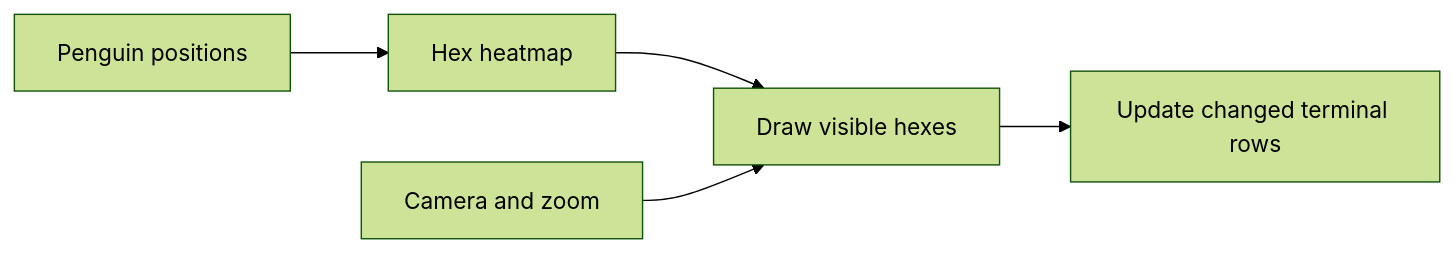
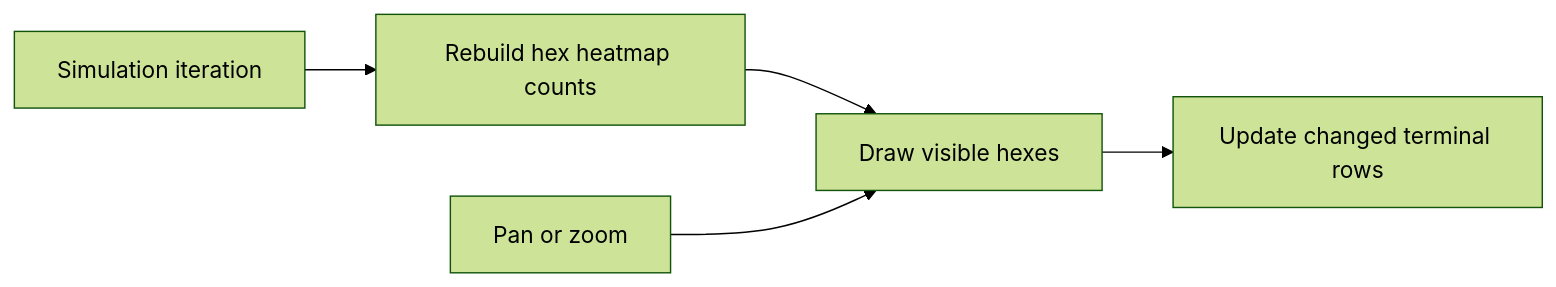
One commit to KindOfGod/PengSim changed the diagram in src/PengSim.UI/RENDERING.md. Above: the diagram before and after it, drawn with Mermaid (forest theme). The commit also changed other lines of this file and 5 other files, not shown here.

````diff
--- a/src/PengSim.UI/RENDERING.md
+++ b/src/PengSim.UI/RENDERING.md
@@ -5,7 +5,7 @@
 ```mermaid
 flowchart LR
-    A["Penguin positions"] --> B["Hex heatmap"]
+    A["Simulation iteration"] --> B["Rebuild hex heatmap counts"]
     B --> C["Draw visible hexes"]
-    D["Camera and zoom"] --> C
+    D["Pan or zoom"] --> C
     C --> E["Update changed terminal rows"]
 ```
````
